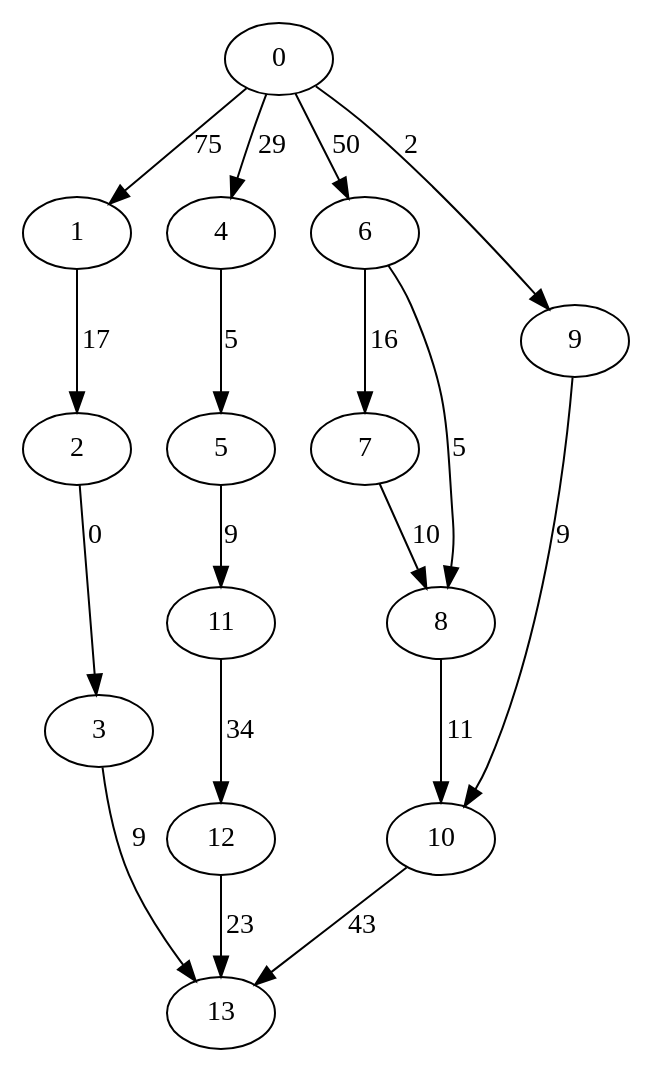
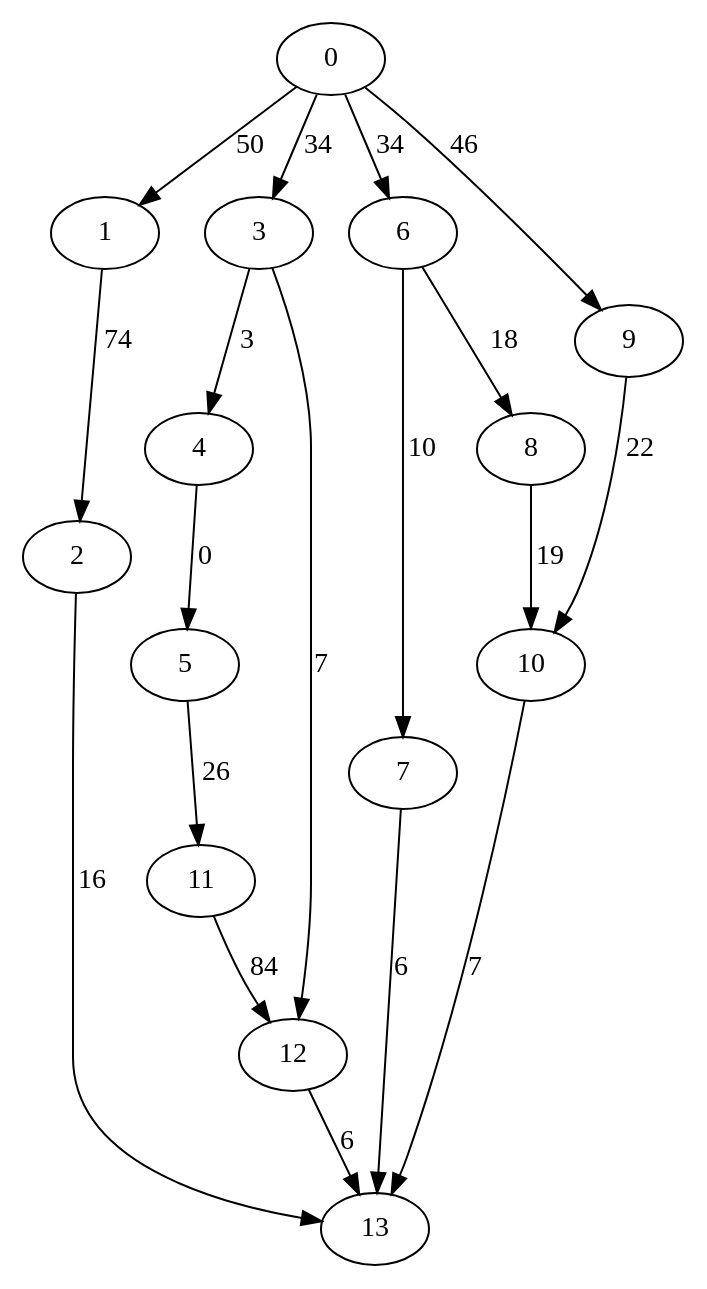
Before and after one commit to asaloniti/DagScheduling_old: the diagram in dotfiles/data4.dot, drawn with Graphviz. The commit also changed 26 other files, not shown here.

```diff
--- a/dotfiles/data4.dot
+++ b/dotfiles/data4.dot
@@ -1,19 +1,20 @@
 digraph data4 {
-0 -> 1 [ label = 75 ];
-0 -> 4 [ label = 29 ];
-0 -> 6 [ label = 50 ];
-0 -> 9 [ label = 2 ];
-1 -> 2 [ label = 17 ];
-2 -> 3 [ label = 0 ];
-3 -> 13 [ label = 9 ];
-4 -> 5 [ label = 5 ];
-5 -> 11 [ label = 9 ];
-6 -> 7 [ label = 16 ];
-6 -> 8 [ label = 5 ];
-7 -> 8 [ label = 10 ];
-8 -> 10 [ label = 11 ];
-9 -> 10 [ label = 9 ];
-10 -> 13 [ label = 43 ];
-11 -> 12 [ label = 34 ];
-12 -> 13 [ label = 23 ];
+0 -> 1 [ label = 50 ];
+0 -> 3 [ label = 34 ];
+0 -> 6 [ label = 34 ];
+0 -> 9 [ label = 46 ];
+1 -> 2 [ label = 74 ];
+2 -> 13 [ label = 16 ];
+3 -> 4 [ label = 3 ];
+3 -> 12 [ label = 7 ];
+4 -> 5 [ label = 0 ];
+5 -> 11 [ label = 26 ];
+6 -> 7 [ label = 10 ];
+6 -> 8 [ label = 18 ];
+7 -> 13 [ label = 6 ];
+8 -> 10 [ label = 19 ];
+9 -> 10 [ label = 22 ];
+10 -> 13 [ label = 7 ];
+11 -> 12 [ label = 84 ];
+12 -> 13 [ label = 6 ];
  }
```
